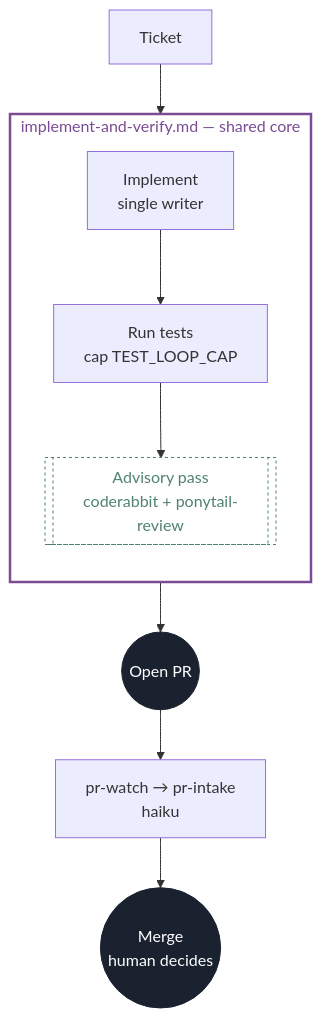
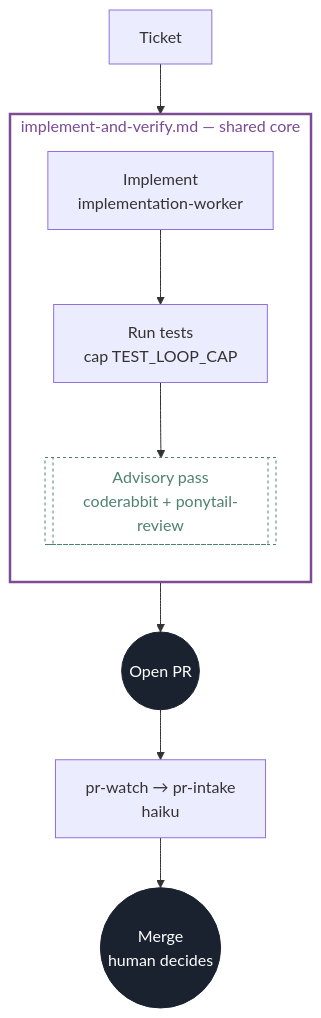
One commit to aanojima/software-factory changed the first of 8 diagrams in README.md. Above: the diagram before and after it, drawn with Mermaid. The commit also changed other lines of this file and 50 other files, not shown here.

````diff
--- a/README.md
+++ b/README.md
@@ -137,20 +139,20 @@
 ```mermaid
 flowchart TD
     classDef advisory fill:transparent,stroke:#4F8272,color:#4F8272,stroke-width:1px,stroke-dasharray:3 3;
     classDef block fill:#2B4C8C,stroke:#2B4C8C,color:#fff;
     classDef gate fill:transparent,stroke:#B5651D,color:#B5651D,stroke-width:2px;
     classDef terminal fill:#1A2230,stroke:#1A2230,color:#fff;
     classDef core fill:transparent,stroke:#7B4B94,color:#7B4B94,stroke-width:2.5px;
     A[Ticket] --> B
     subgraph CORE1["implement-and-verify.md — shared core"]
         direction TB
-        B["Implement<br/>single writer"] --> C["Run tests<br/>cap TEST_LOOP_CAP"]
+        B["Implement<br/>implementation-worker"] --> C["Run tests<br/>cap TEST_LOOP_CAP"]
         C --> D[["Advisory pass<br/>coderabbit + ponytail-review"]]
     end
     D --> E(("Open PR"))
     E --> F["pr-watch → pr-intake<br/>haiku"]
     F --> G(("Merge<br/>human decides"))
     class D advisory
     class E,G terminal
     class CORE1 core
 ```
````
